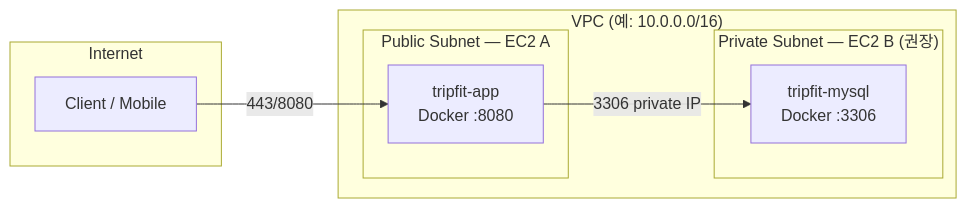
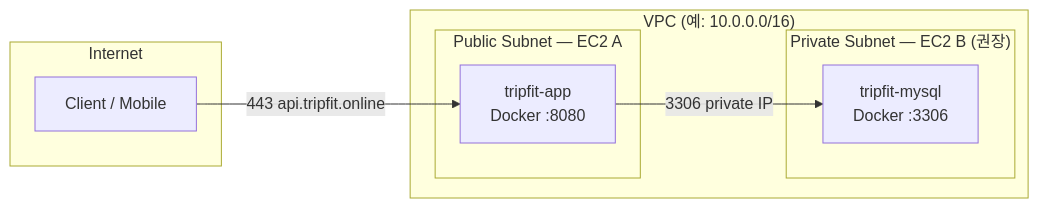
Before and after one commit to Central-MakeUs/TripFit-server: the diagram in docs/architecture/ec2-split-deployment.md, drawn with Mermaid. The commit also changed other lines of this file and 11 other files, not shown here.

````diff
--- a/docs/architecture/ec2-split-deployment.md
+++ b/docs/architecture/ec2-split-deployment.md
@@ -8,18 +8,18 @@
 ```mermaid
 flowchart LR
   subgraph Internet
     Client[Client / Mobile]
   end
 
   subgraph VPC["VPC (예: 10.0.0.0/16)"]
     subgraph PubA["Public Subnet — EC2 A"]
       App[tripfit-app<br/>Docker :8080]
     end
     subgraph PubB["Private Subnet — EC2 B (권장)"]
       MySQL[tripfit-mysql<br/>Docker :3306]
     end
   end
 
-  Client -->|443/8080| App
+  Client -->|443 api.tripfit.online| App
   App -->|3306 private IP| MySQL
 ```
````
